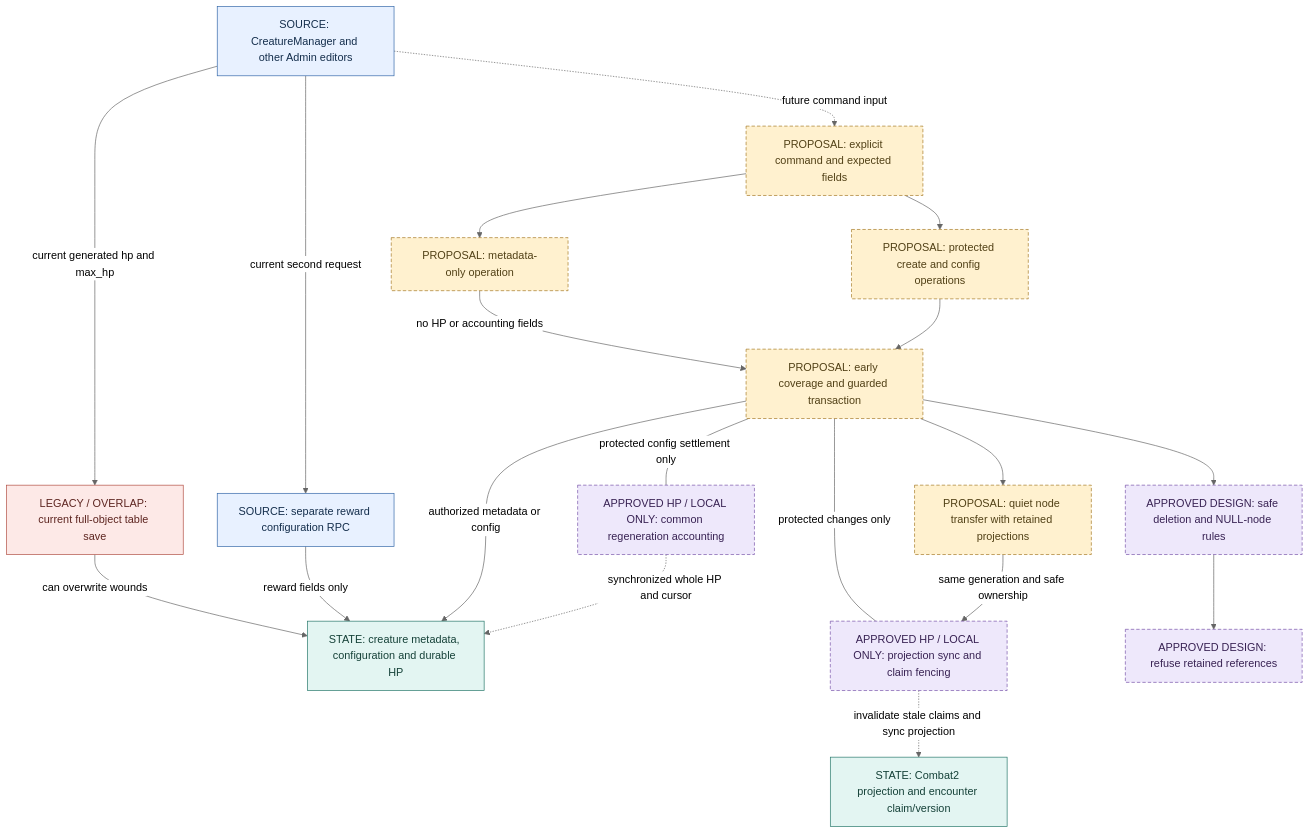
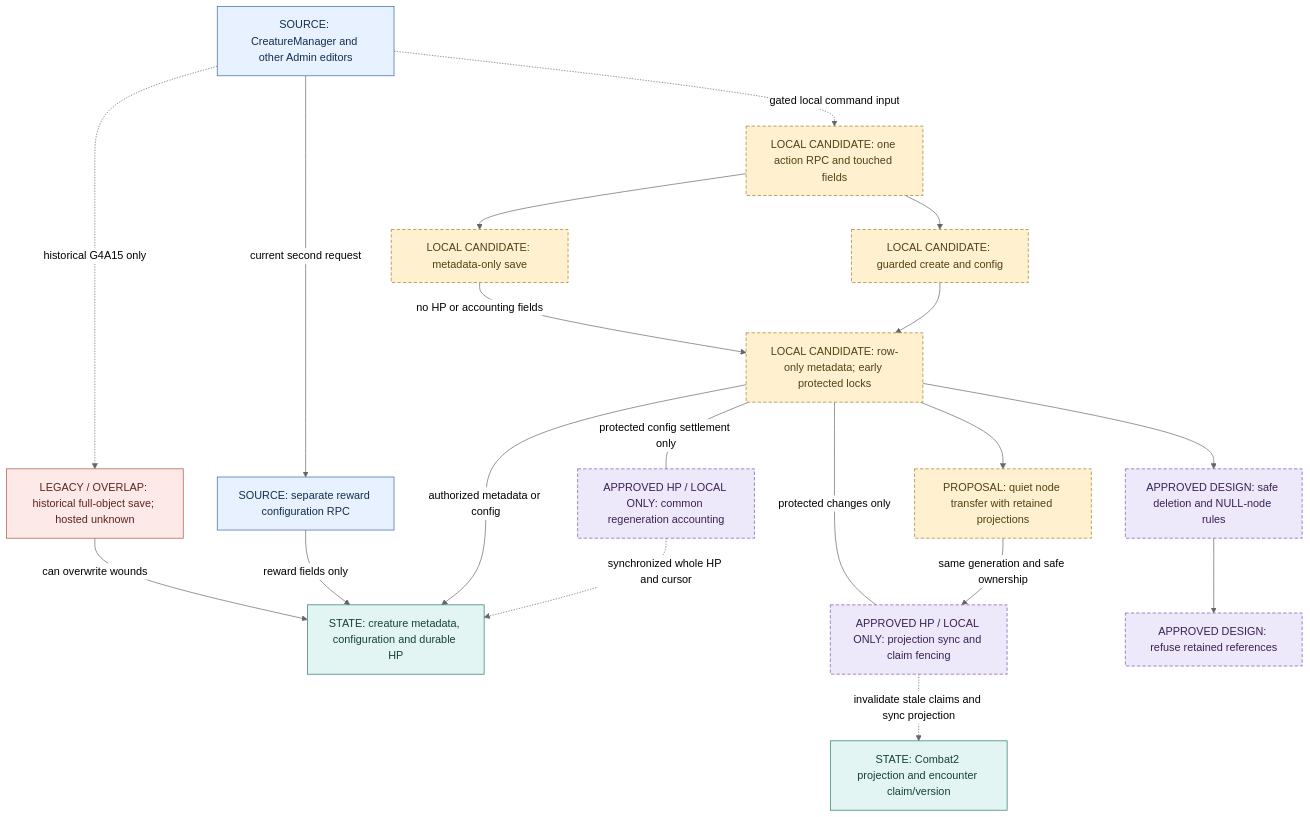
Before and after one commit to mpfark/wov: the diagram in docs/architecture/creature-admin-authority.md, drawn with Mermaid (neutral theme). The commit also changed other lines of this file and 22 other files, not shown here.

````diff
--- a/docs/architecture/creature-admin-authority.md
+++ b/docs/architecture/creature-admin-authority.md
@@ -5,42 +5,42 @@
 ```mermaid
 flowchart TB
   UI["SOURCE: CreatureManager and other Admin editors"]:::source
-  RAW["LEGACY / OVERLAP: current full-object table save"]:::legacy
+  RAW["LEGACY / OVERLAP: historical full-object save; hosted unknown"]:::legacy
   REWARD["SOURCE: separate reward configuration RPC"]:::source
-  INPUT["PROPOSAL: explicit command and expected fields"]:::proposal
-  META["PROPOSAL: metadata-only operation"]:::proposal
-  CONFIG["PROPOSAL: protected create and config operations"]:::proposal
-  LOCK["PROPOSAL: early coverage and guarded transaction"]:::proposal
+  INPUT["LOCAL CANDIDATE: one action RPC and touched fields"]:::proposal
+  META["LOCAL CANDIDATE: metadata-only save"]:::proposal
+  CONFIG["LOCAL CANDIDATE: guarded create and config"]:::proposal
+  LOCK["LOCAL CANDIDATE: row-only metadata; early protected locks"]:::proposal
   HP["STATE: creature metadata, configuration and durable HP"]:::state
   ACCOUNT["APPROVED HP / LOCAL ONLY: common regeneration accounting"]:::future
   FENCE["APPROVED HP / LOCAL ONLY: projection sync and claim fencing"]:::future
   PROJ["STATE: Combat2 projection and encounter claim/version"]:::state
   NODE["PROPOSAL: quiet node transfer with retained projections"]:::proposal
   CHOICE["APPROVED DESIGN: safe deletion and NULL-node rules"]:::future
   RETAIN["APPROVED DESIGN: refuse retained references"]:::future
 
-  UI -->|current generated hp and max_hp| RAW
+  UI -.->|historical G4A15 only| RAW
   RAW -->|can overwrite wounds| HP
   UI -->|current second request| REWARD
   REWARD -->|reward fields only| HP
-  UI -.->|future command input| INPUT
+  UI -.->|gated local command input| INPUT
   INPUT --> META
   INPUT --> CONFIG
   META -->|no HP or accounting fields| LOCK
   CONFIG --> LOCK
   LOCK -->|authorized metadata or config| HP
   LOCK ---|protected config settlement only| ACCOUNT
   ACCOUNT -.->|synchronized whole HP and cursor| HP
   LOCK ---|protected changes only| FENCE
   LOCK --> NODE
   NODE -->|same generation and safe ownership| FENCE
   LOCK --> CHOICE --> RETAIN
   FENCE -.->|invalidate stale claims and sync projection| PROJ
 
   classDef source fill:#e8f1ff,stroke:#3267a8,color:#142e4c
   classDef state fill:#e3f5f2,stroke:#26776a,color:#154138
   classDef future fill:#eee8fb,stroke:#7853aa,color:#382253,stroke-dasharray:5 3
   classDef legacy fill:#fde9e7,stroke:#b14e43,color:#5d2520
   classDef proposal fill:#fff1cf,stroke:#a67a24,color:#514016,stroke-dasharray:5 3
   classDef decision fill:#eeeeee,stroke:#666666,color:#333333
 ```
````
